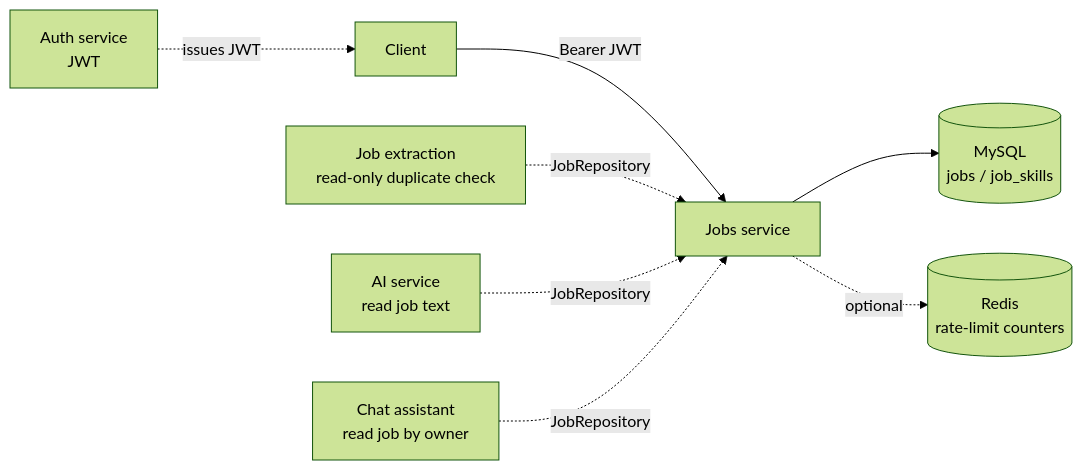
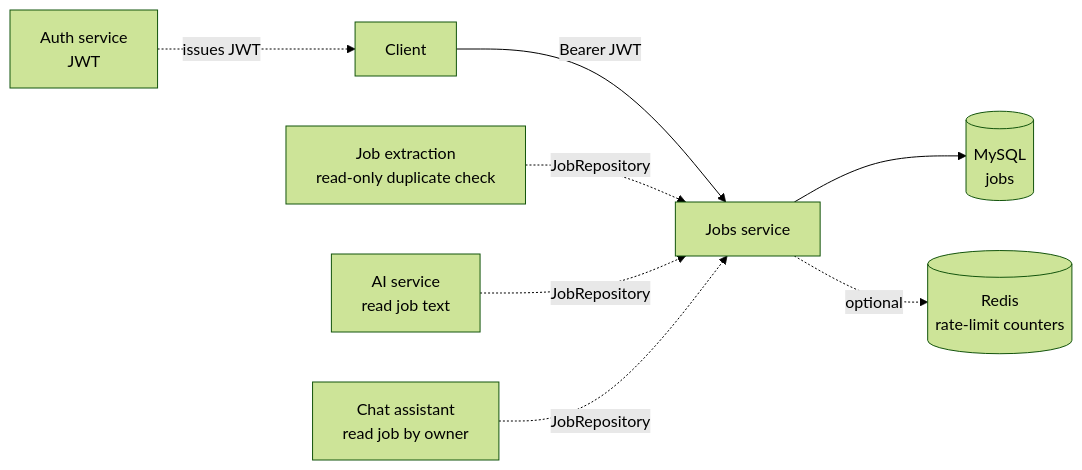
One commit to Venkata-Nageswara-Bhadri78/CodePilot changed the diagram in src/main/java/com/developer/copilot/jobs/docs/JOBS.md. Above: the diagram before and after it, drawn with Mermaid (forest theme). The commit also changed other lines of this file and 31 other files, not shown here.

````diff
--- a/src/main/java/com/developer/copilot/jobs/docs/JOBS.md
+++ b/src/main/java/com/developer/copilot/jobs/docs/JOBS.md
@@ -42,19 +42,19 @@
 ```mermaid
 flowchart LR
     Client[Client]
     Auth[Auth service<br/>JWT]
     Jobs[Jobs service]
     Extract[Job extraction<br/>read-only duplicate check]
     Ai[AI service<br/>read job text]
     Chat[Chat assistant<br/>read job by owner]
-    Db[(MySQL<br/>jobs / job_skills)]
+    Db[(MySQL<br/>jobs)]
     Redis[(Redis<br/>rate-limit counters)]
 
     Client -->|Bearer JWT| Jobs
     Auth -.->|issues JWT| Client
     Jobs --> Db
     Jobs -.->|optional| Redis
     Extract -.->|JobRepository| Jobs
     Ai -.->|JobRepository| Jobs
     Chat -.->|JobRepository| Jobs
 ```
````
